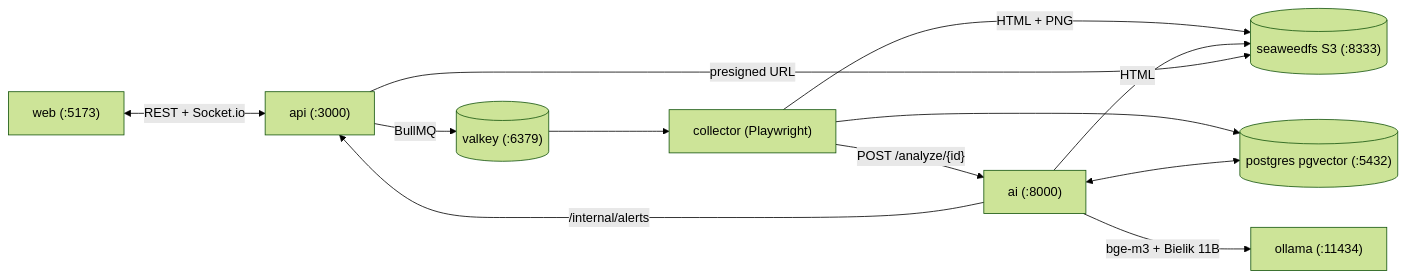
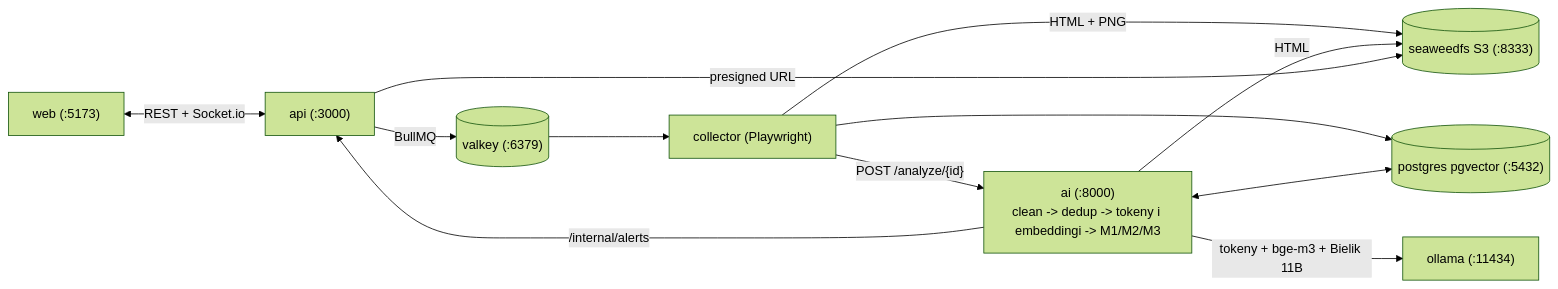
Before and after one commit to KacperBartlomiejczak/Hackathon: the diagram in presentation/slides.md, drawn with Mermaid (forest theme). The commit also changed other lines of this file and 4 other files, not shown here.

````diff
--- a/presentation/slides.md
+++ b/presentation/slides.md
@@ -22,14 +22,14 @@
 ```mermaid
 flowchart LR
   web["web (:5173)"] <-- "REST + Socket.io" --> api["api (:3000)"]
   api -- "BullMQ" --> valkey[("valkey (:6379)")]
   valkey --> collector["collector (Playwright)"]
   collector -- "HTML + PNG" --> s3[("seaweedfs S3 (:8333)")]
   collector --> pg[("postgres pgvector (:5432)")]
-  collector -- "POST /analyze/{id}" --> ai["ai (:8000)"]
+  collector -- "POST /analyze/{id}" --> ai["ai (:8000)<br/>clean -> dedup -> tokeny i embeddingi -> M1/M2/M3"]
   ai <--> pg
   ai -- "HTML" --> s3
-  ai -- "bge-m3 + Bielik 11B" --> ollama["ollama (:11434)"]
+  ai -- "tokeny + bge-m3 + Bielik 11B" --> ollama["ollama (:11434)"]
   ai -- "/internal/alerts" --> api
   api -- "presigned URL" --> s3
 ```
````
